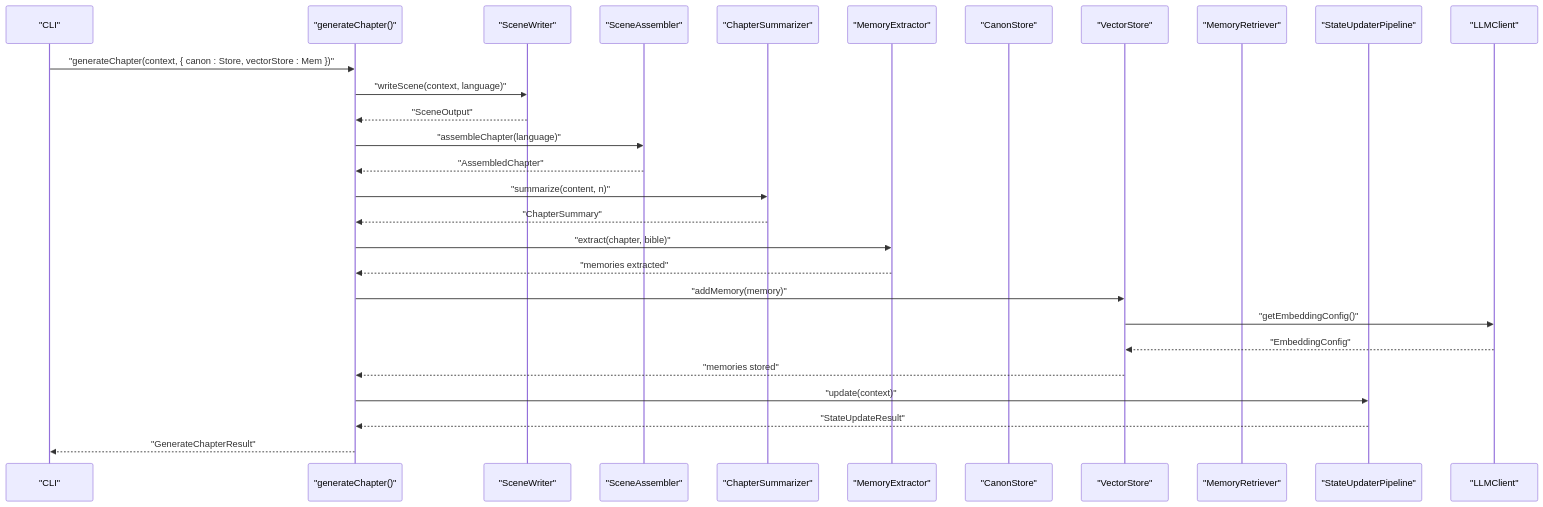
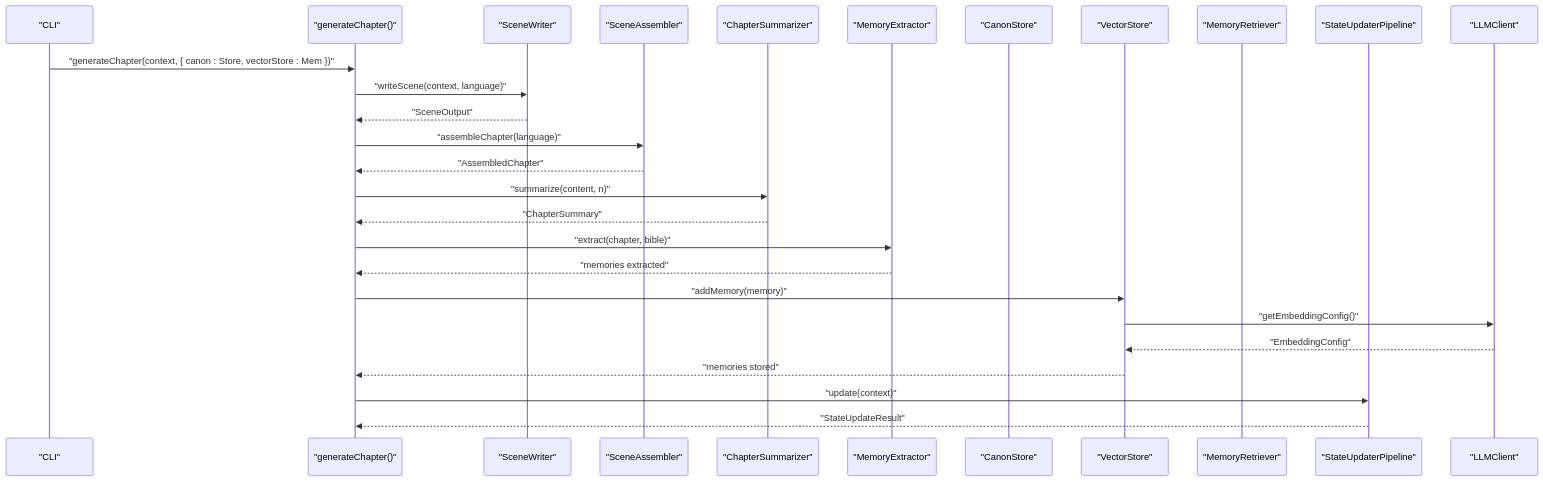
One commit to liwonder/NARRITIVE_OS changed the ninth of 11 diagrams in .qoder/repowiki/en/content/Memory Management System/Memory Management System.md. Above: the diagram before and after it, drawn with Mermaid. The commit also changed other lines of this file and 17 other files, not shown here.

````diff
--- a/.qoder/repowiki/en/content/Memory Management System/Memory Management System.md
+++ b/.qoder/repowiki/en/content/Memory Management System/Memory Management System.md
@@ -484,30 +520,29 @@
 ```mermaid
 sequenceDiagram
 participant CLI as "CLI"
 participant Engine as "generateChapter()"
 participant SW as "SceneWriter"
 participant SA as "SceneAssembler"
 participant Sum as "ChapterSummarizer"
 participant ME as "MemoryExtractor"
 participant Store as "CanonStore"
 participant Mem as "VectorStore"
 participant MR as "MemoryRetriever"
 participant StateUp as "StateUpdaterPipeline"
 participant LC as "LLMClient"
 CLI->>Engine : "generateChapter(context, { canon : Store, vectorStore : Mem })"
 Engine->>SW : "writeScene(context, language)"
 SW-->>Engine : "SceneOutput"
 Engine->>SA : "assembleChapter(language)"
 SA-->>Engine : "AssembledChapter"
 Engine->>Sum : "summarize(content, n)"
 Sum-->>Engine : "ChapterSummary"
 Engine->>ME : "extract(chapter, bible)"
 ME-->>Engine : "memories extracted"
 Engine->>Mem : "addMemory(memory)"
 Mem->>LC : "getEmbeddingConfig()"
 LC-->>Mem : "EmbeddingConfig"
 Mem-->>Engine : "memories stored"
 Engine->>StateUp : "update(context)"
 StateUp-->>Engine : "StateUpdateResult"
-Engine-->>CLI : "GenerateChapterResult"
 ```
````
